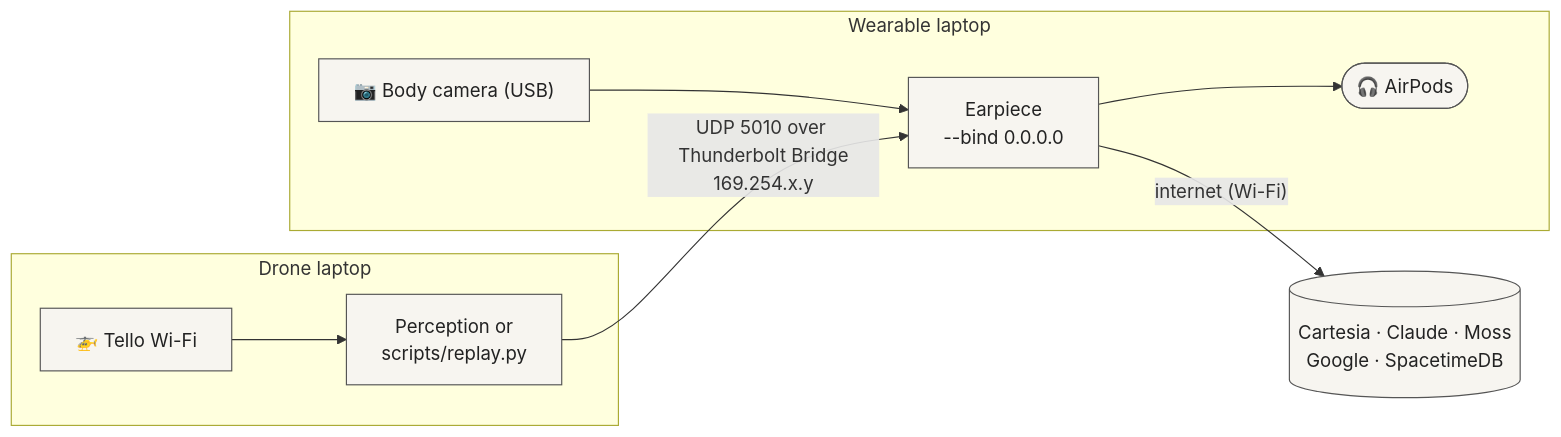
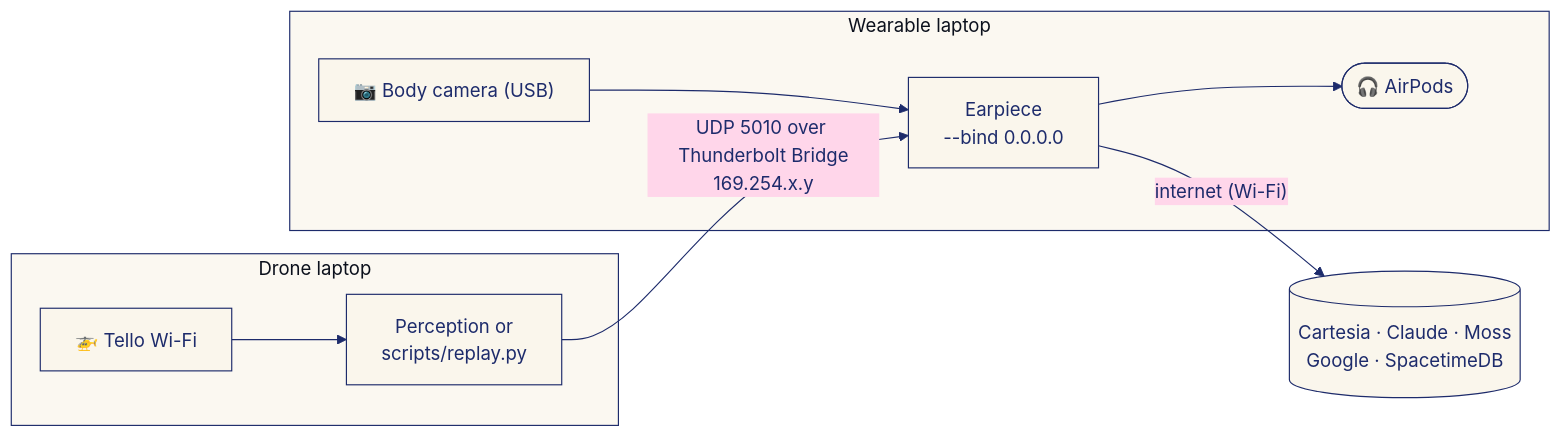
Before and after one commit to KingArthur207/kite: the fifth of 5 diagrams in README.md, drawn with Mermaid. The commit also changed other lines of this file and 9 other files, not shown here.

````diff
--- a/README.md
+++ b/README.md
@@ -511,13 +515,14 @@
 ```mermaid
+%%{init: {'theme':'base','themeVariables':{'primaryColor':'#FAF6EC','primaryTextColor':'#1D2B6B','primaryBorderColor':'#1D2B6B','lineColor':'#1D2B6B','secondaryColor':'#FFD6EA','tertiaryColor':'#F4EFE3','clusterBkg':'#FBF8F1','clusterBorder':'#1D2B6B','edgeLabelBackground':'#FFD6EA','actorBkg':'#FAF6EC','actorBorder':'#1D2B6B','actorTextColor':'#1D2B6B','signalColor':'#1D2B6B','signalTextColor':'#1D2B6B','noteBkgColor':'#FFD6EA','noteBorderColor':'#FF4FA3','noteTextColor':'#1D2B6B','labelBoxBkgColor':'#FFD6EA','labelBoxBorderColor':'#FF4FA3','sequenceNumberColor':'#FFFFFF','activationBkgColor':'#FFD6EA'}}}%%
 flowchart LR
-  classDef box fill:#F7F5F0,stroke:#555,color:#222
+  classDef box fill:#FAF6EC,stroke:#1D2B6B,color:#1D2B6B
   subgraph D["Drone laptop"]
     tello["🚁 Tello Wi-Fi"]:::box --> perc["Perception or<br/>scripts/replay.py"]:::box
   end
   subgraph W["Wearable laptop"]
     ear["Earpiece<br/>--bind 0.0.0.0"]:::box --> pods(["🎧 AirPods"]):::box
     cam["📷 Body camera (USB)"]:::box --> ear
   end
   perc -- "UDP 5010 over Thunderbolt Bridge<br/>169.254.x.y" --> ear
   ear -- "internet (Wi-Fi)" --> cloud[("Cartesia · Claude · Moss<br/>Google · SpacetimeDB")]:::box
 ```
````
